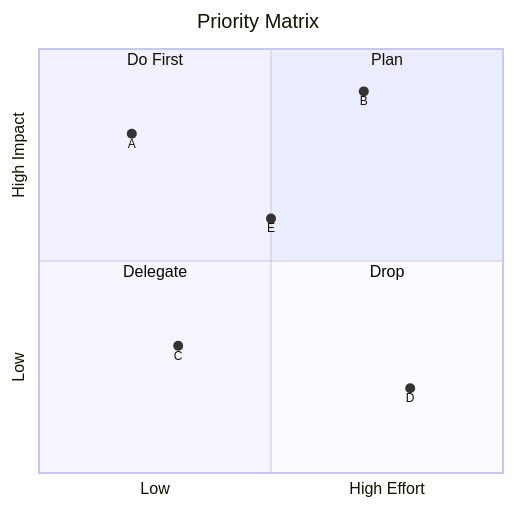
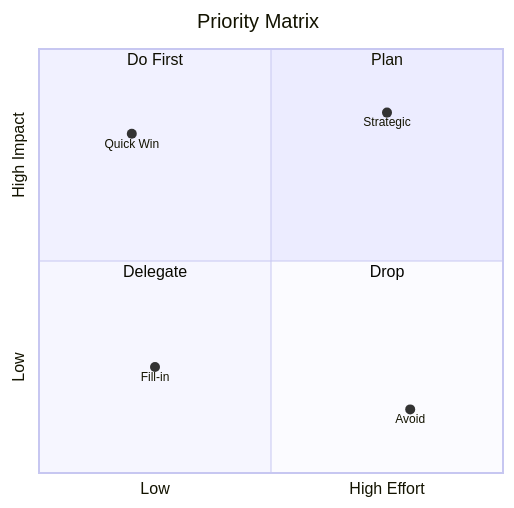
Before and after one commit to mickdarling/merview: diagram 25 of 41 in docs/demos/mermaid-diagrams.md, drawn with Mermaid. The commit also changed other lines of this file and 6 other files, not shown here.

First line of the commit message:
feat: Separate intentionally broken Mermaid diagrams to dedicated page (#340)

````diff
--- a/docs/demos/mermaid-diagrams.md
+++ b/docs/demos/mermaid-diagrams.md
@@ -550,16 +552,15 @@
 ```mermaid
 quadrantChart
     title Priority Matrix
     x-axis Low --> High Effort
     y-axis Low --> High Impact
     quadrant-1 Plan
     quadrant-2 Do First
     quadrant-3 Delegate
     quadrant-4 Drop
 
-    A: [0.2, 0.8]
-    B: [0.7, 0.9]
-    C: [0.3, 0.3]
-    D: [0.8, 0.2]
-    E: [0.5, 0.6]
+    "Quick Win": [0.2, 0.8]
+    "Strategic": [0.75, 0.85]
+    "Fill-in": [0.25, 0.25]
+    "Avoid": [0.8, 0.15]
 ```
````
